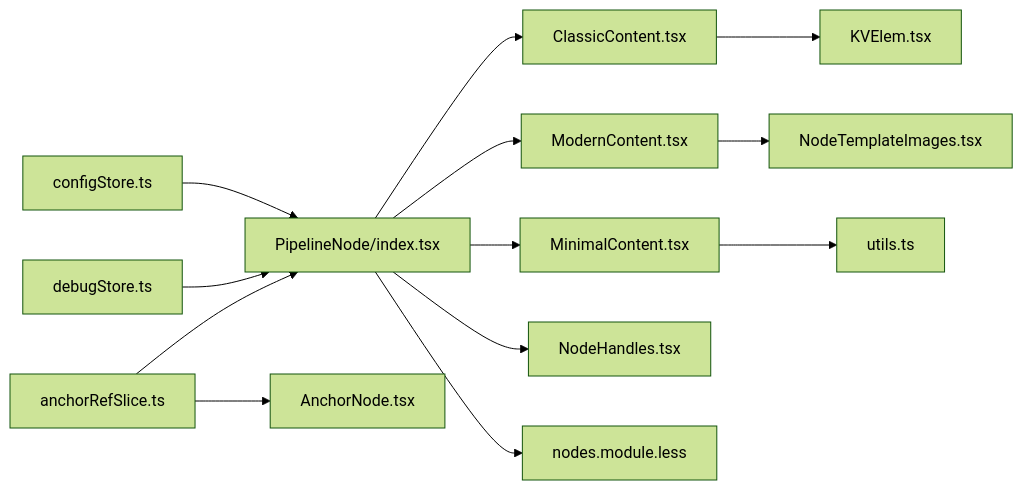
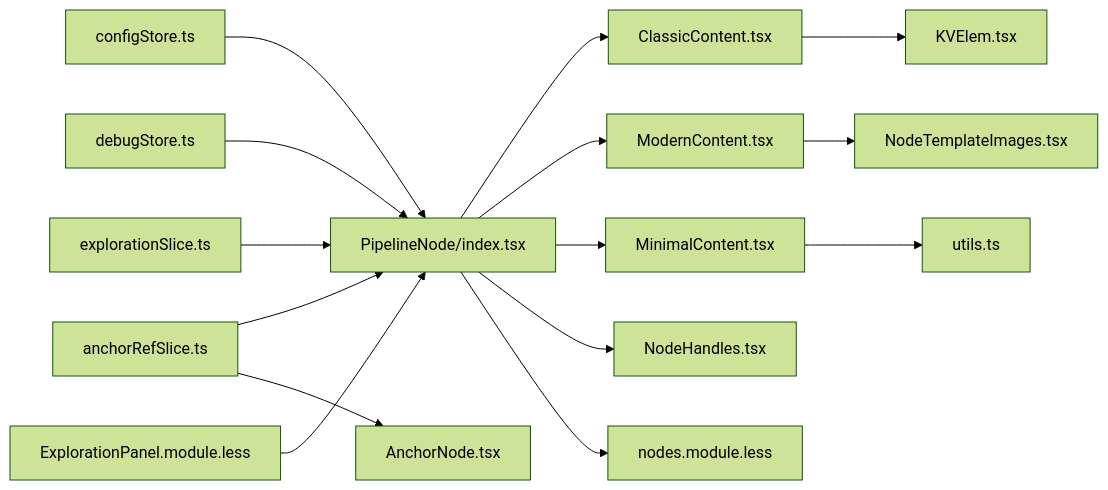
One commit to kqcoxn/MaaPipelineEditor changed diagram 11 of 11 in .qoder/repowiki/zh/content/核心概念/节点系统/Pipeline节点.md. Above: the diagram before and after it, drawn with Mermaid (forest theme). The commit also changed other lines of this file and 8 other files, not shown here.

````diff
--- a/.qoder/repowiki/zh/content/核心概念/节点系统/Pipeline节点.md
+++ b/.qoder/repowiki/zh/content/核心概念/节点系统/Pipeline节点.md
@@ -395,15 +482,17 @@
 ```mermaid
 graph LR
 CFG["configStore.ts"] --> PN["PipelineNode/index.tsx"]
 DBG["debugStore.ts"] --> PN
 ARS["anchorRefSlice.ts"] --> PN
+ES["explorationSlice.ts"] --> PN
+EP["ExplorationPanel.module.less"] --> PN
 PN --> CC["ClassicContent.tsx"]
 PN --> MC["ModernContent.tsx"]
 PN --> MinC["MinimalContent.tsx"]
 MC --> TPI["NodeTemplateImages.tsx"]
 CC --> KV["KVElem.tsx"]
 MinC --> U["utils.ts"]
 PN --> H["NodeHandles.tsx"]
 PN --> CSS["nodes.module.less"]
 ARS --> AN["AnchorNode.tsx"]
 ```
````
